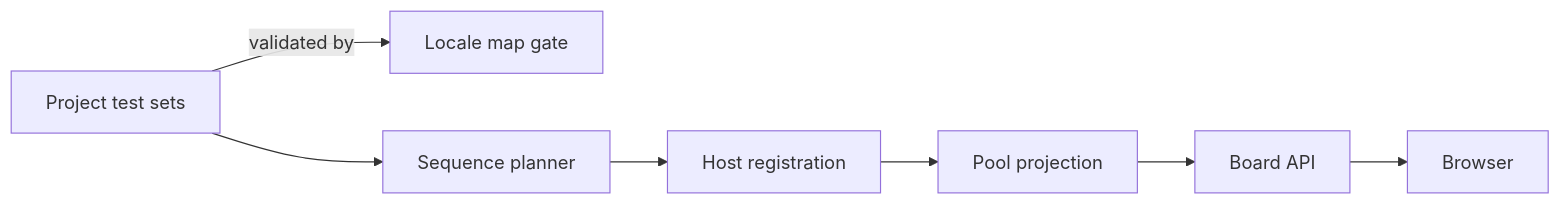
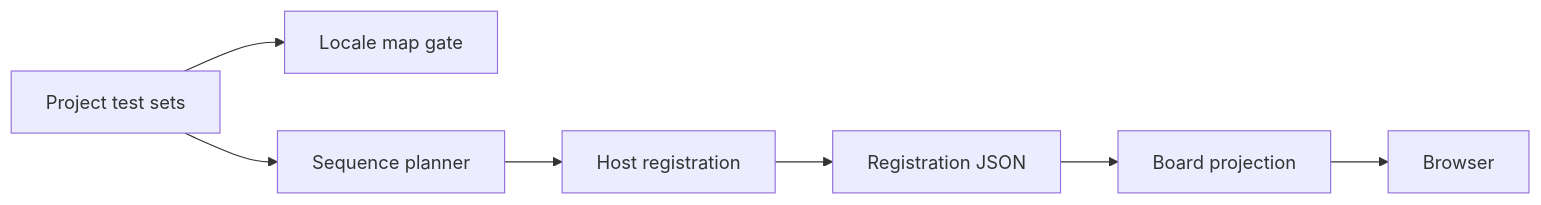
Before and after one commit to alissonsol/yuruna: the fifth of 5 diagrams in docs/design/07-globalization.md, drawn with Mermaid. The commit also changed other lines of this file and 763 other files, not shown here.

````diff
--- a/docs/design/07-globalization.md
+++ b/docs/design/07-globalization.md
@@ -118,9 +132,9 @@
 ```mermaid
 flowchart LR
-    test-runner-yml["Project test sets"] -->|validated by| project-locale-map["Locale map gate"]
-    test-runner-yml --> sequence-planner["Sequence planner"]
-    sequence-planner --> host-registration["Host registration"]
-    host-registration --> pool-board["Pool projection"]
-    pool-board --> board-api["Board API"]
-    board-api --> browser["Browser"]
+    test-runner-yml["Project test sets"] --> invoke-project-locale-map-ps1["Locale map gate"]
+    test-runner-yml --> test-sequence-planner-psm1["Sequence planner"]
+    test-sequence-planner-psm1 --> test-capability-psm1["Host registration"]
+    test-capability-psm1 --> host-registration-json["Registration JSON"]
+    host-registration-json --> board-go["Board projection"]
+    board-go --> browser["Browser"]
 ```
````
